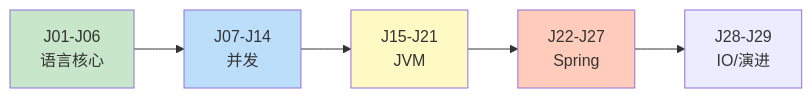
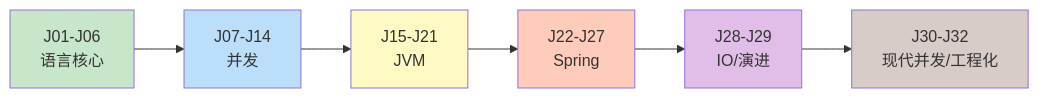
Before and after one commit to Kirby980/backend-handbook: the tenth of 10 diagrams in java/ROADMAP.md, drawn with Mermaid. The commit also changed other lines of this file and 18 other files, not shown here.

````diff
--- a/java/ROADMAP.md
+++ b/java/ROADMAP.md
@@ -203,12 +231,15 @@
 ```mermaid
 graph LR
     A[J01-J06<br>语言核心] --> B[J07-J14<br>并发]
     B --> C[J15-J21<br>JVM]
     C --> D[J22-J27<br>Spring]
     D --> E[J28-J29<br>IO/演进]
+    E --> F[J30-J32<br>现代并发/工程化]
 
     style A fill:#c8e6c9
     style B fill:#bbdefb
     style C fill:#fff9c4
     style D fill:#ffccbc
+    style E fill:#e1bee7
+    style F fill:#d7ccc8
 ```
````
